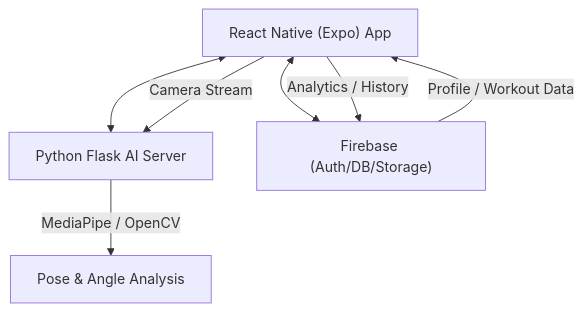
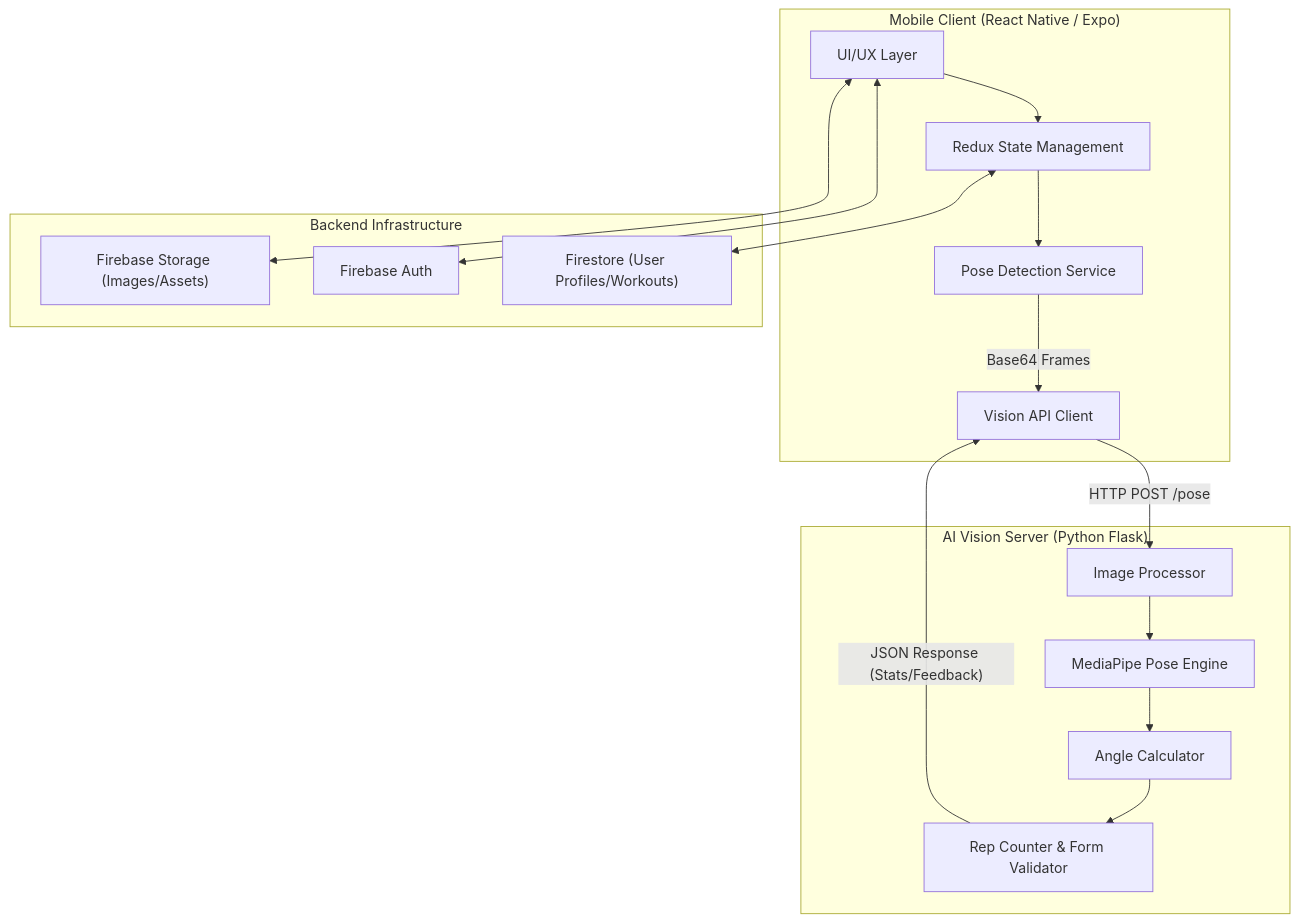
One commit to srisaiphanip/FIZI changed the diagram in README.md. Above: the diagram before and after it, drawn with Mermaid. The commit also changed other lines of this file and 4 other files, not shown here.

````diff
--- a/README.md
+++ b/README.md
@@ -42,9 +42,22 @@
 ```mermaid
 graph TD
-    A["React Native (Expo) App"] <--> B["Python Flask AI Server"]
-    A <--> C["Firebase (Auth/DB/Storage)"]
-    B -- "MediaPipe / OpenCV" --> D["Pose & Angle Analysis"]
-    A -- "Camera Stream" --> B
-    C -- "Profile / Workout Data" --> A
-    A -- "Analytics / History" --> C
+    subgraph "Mobile Client (React Native / Expo)"
+        A["UI/UX Layer"] --> B["Redux State Management"]
+        B --> C["Pose Detection Service"]
+        C -- "Base64 Frames" --> D["Vision API Client"]
+    end
+
+    subgraph "AI Vision Server (Python Flask)"
+        D -- "HTTP POST /pose" --> E["Image Processor"]
+        E --> F["MediaPipe Pose Engine"]
+        F --> G["Angle Calculator"]
+        G --> H["Rep Counter & Form Validator"]
+        H -- "JSON Response (Stats/Feedback)" --> D
+    end
+
+    subgraph "Backend Infrastructure"
+        A <--> I["Firebase Auth"]
+        B <--> J["Firestore (User Profiles/Workouts)"]
+        A <--> K["Firebase Storage (Images/Assets)"]
+    end
 ```
````
